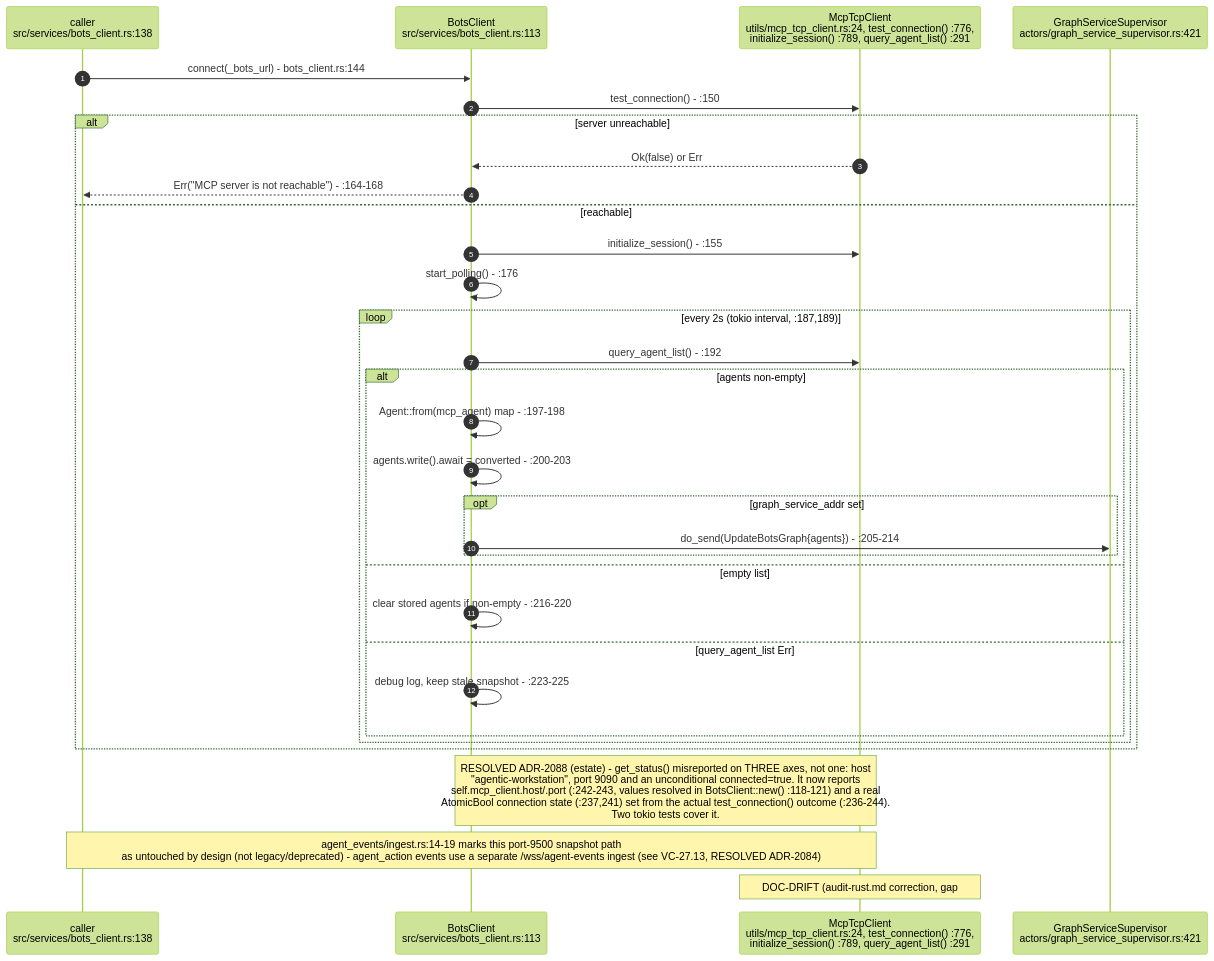
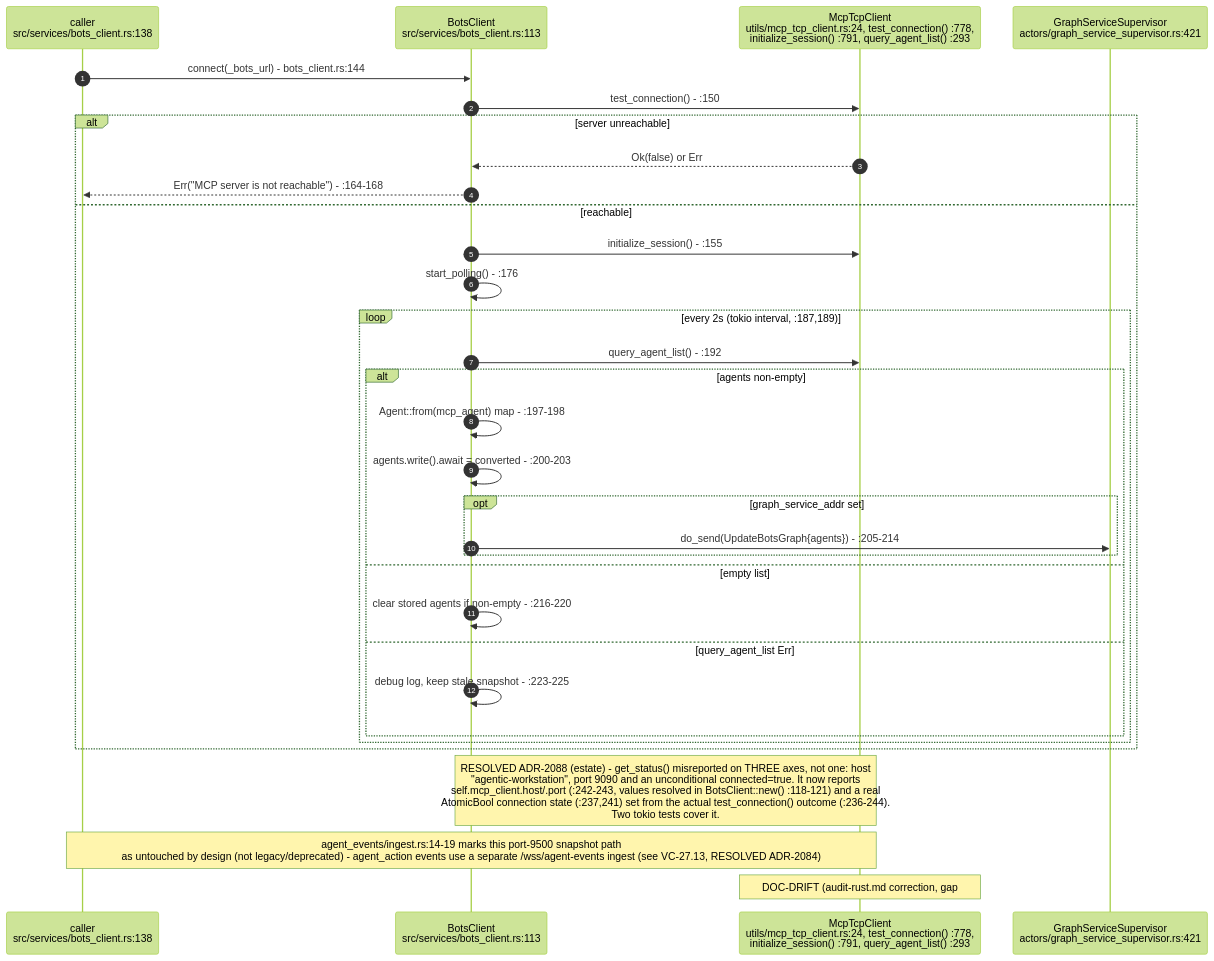
The first of 10 diagrams in docs/diagrams/visionclaw/27-agent-integration-mcp-relay.md (DreamLab-AI/VisionFlow), drawn with Mermaid (forest theme) before and after one commit. The commit also changed other lines of this file and 8 other files, not shown here.

Commit message:
docs(diagrams): multi-MCP discovery is real; re-stamp visionclaw 01/03/05/09/27 and estate/02

````diff
--- a/docs/diagrams/visionclaw/27-agent-integration-mcp-relay.md
+++ b/docs/diagrams/visionclaw/27-agent-integration-mcp-relay.md
@@ -37,35 +37,35 @@
 ```mermaid
 sequenceDiagram
     autonumber
     participant Caller as caller<br/>src/services/bots_client.rs:138
     participant BC as BotsClient<br/>src/services/bots_client.rs:113
-    participant MCP as McpTcpClient<br/>utils/mcp_tcp_client.rs:24, test_connection() :776,<br/>initialize_session() :789, query_agent_list() :291
+    participant MCP as McpTcpClient<br/>utils/mcp_tcp_client.rs:24, test_connection() :778,<br/>initialize_session() :791, query_agent_list() :293
     participant GSS as GraphServiceSupervisor<br/>actors/graph_service_supervisor.rs:421
 
     Caller->>BC: connect(_bots_url) - bots_client.rs:144
     BC->>MCP: test_connection() - :150
     alt server unreachable
         MCP-->>BC: Ok(false) or Err
         BC-->>Caller: Err("MCP server is not reachable") - :164-168
     else reachable
         BC->>MCP: initialize_session() - :155
         BC->>BC: start_polling() - :176
         loop every 2s (tokio interval, :187,189)
             BC->>MCP: query_agent_list() - :192
             alt agents non-empty
                 BC->>BC: Agent::from(mcp_agent) map - :197-198
                 BC->>BC: agents.write().await = converted - :200-203
                 opt graph_service_addr set
                     BC->>GSS: do_send(UpdateBotsGraph{agents}) - :205-214
                 end
             else empty list
                 BC->>BC: clear stored agents if non-empty - :216-220
             else query_agent_list Err
                 BC->>BC: debug log, keep stale snapshot - :223-225
             end
         end
     end
     Note over BC,MCP: RESOLVED ADR-2088 (estate) - get_status() misreported on THREE axes, not one: host<br/>"agentic-workstation", port 9090 and an unconditional connected=true. It now reports<br/>self.mcp_client.host/.port (:242-243, values resolved in BotsClient::new() :118-121) and a real<br/>AtomicBool connection state (:237,241) set from the actual test_connection() outcome (:236-244).<br/>Two tokio tests cover it.
     Note over Caller,MCP: agent_events/ingest.rs:14-19 marks this port-9500 snapshot path<br/>as untouched by design (not legacy/deprecated) - agent_action events use a separate /wss/agent-events ingest (see VC-27.13, RESOLVED ADR-2084)
     Note over MCP: DOC-DRIFT (audit-rust.md correction, gap #2): a SECOND file also named mcp_tcp_client.rs<br/>exists at src/client/mcp_tcp_client.rs, defining McpTelemetryClient (struct src/client/mcp_tcp_client.rs:10,<br/>impl :17). grep confirms it is dead - src/client/mod.rs:1,3 declares and re-exports it but nothing else in<br/>src/ constructs or calls it. The live MCP-TCP hop is exclusively utils/mcp_tcp_client.rs::McpTcpClient<br/>shown above (used by bots_client.rs, ontology_class_index.rs, multi_mcp_agent_discovery.rs)
 ```
````
